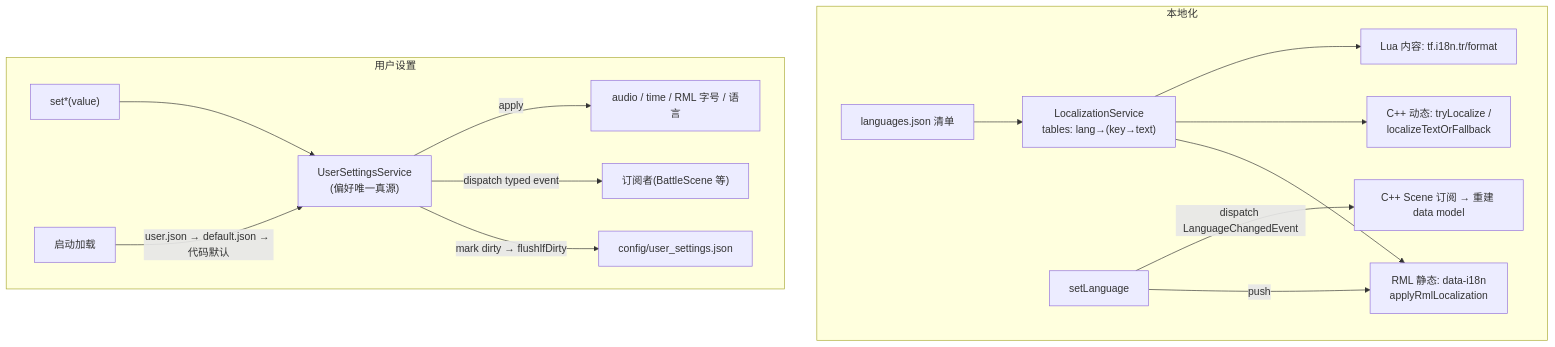
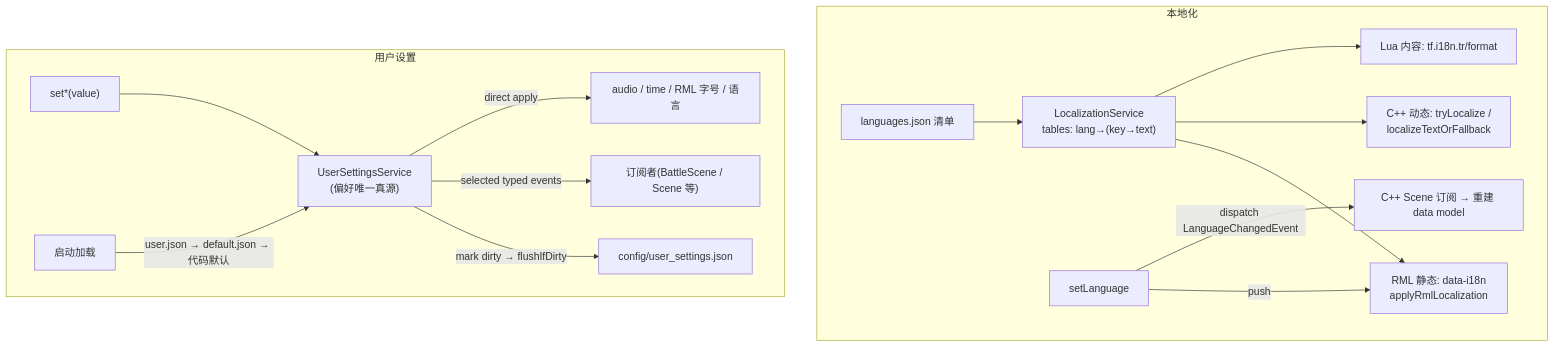
One commit to WispSnow/TinyFarmRPG changed the diagram in lecture_plans/lectures/22-本地化与用户设置.md. Above: the diagram before and after it, drawn with Mermaid. The commit also changed other lines of this file and 10 other files, not shown here.

````diff
--- a/lecture_plans/lectures/22-本地化与用户设置.md
+++ b/lecture_plans/lectures/22-本地化与用户设置.md
@@ -35,19 +35,19 @@
 ```mermaid
 flowchart TD
     subgraph I18N["本地化"]
         MANIFEST["languages.json 清单"] --> LS["LocalizationService<br/>tables: lang→(key→text)"]
         LS --> RML["RML 静态: data-i18n<br/>applyRmlLocalization"]
         LS --> CPP["C++ 动态: tryLocalize /<br/>localizeTextOrFallback"]
         LS --> LUA["Lua 内容: tf.i18n.tr/format"]
         SETLANG["setLanguage"] -->|push| RML
         SETLANG -->|dispatch LanguageChangedEvent| CPPSUB["C++ Scene 订阅 → 重建 data model"]
     end
 
     subgraph SETTINGS["用户设置"]
         SET["set*(value)"] --> SVC["UserSettingsService<br/>(偏好唯一真源)"]
-        SVC -->|apply| SUB["audio / time / RML 字号 / 语言"]
-        SVC -->|dispatch typed event| LISTEN["订阅者(BattleScene 等)"]
+        SVC -->|direct apply| SUB["audio / time / RML 字号 / 语言"]
+        SVC -->|selected typed events| LISTEN["订阅者(BattleScene / Scene 等)"]
         SVC -->|mark dirty → flushIfDirty| FILE["config/user_settings.json"]
         LOAD["启动加载"] -->|user.json → default.json → 代码默认| SVC
     end
 ```
````
